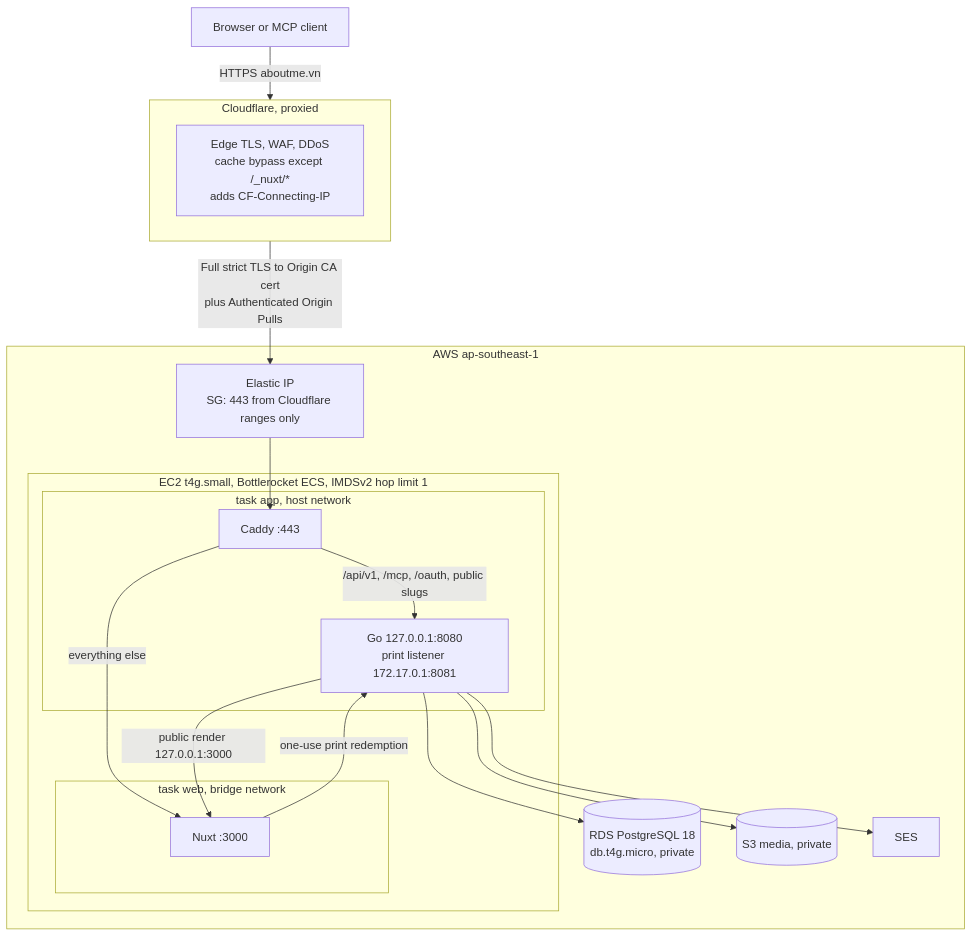
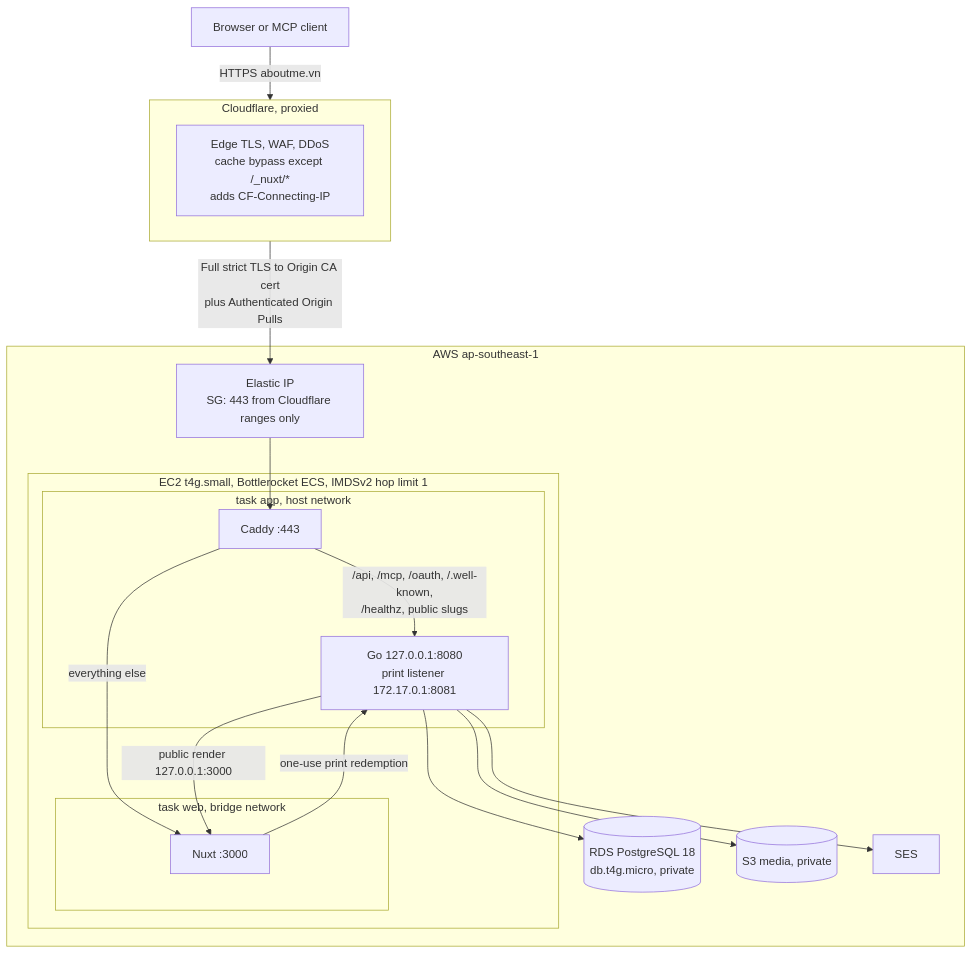
Before and after one commit to dannyota/aboutme: the first of 2 diagrams in docs/design/single-host-production.md, drawn with Mermaid. The commit also changed other lines of this file and 1 other file, not shown here.

````diff
--- a/docs/design/single-host-production.md
+++ b/docs/design/single-host-production.md
@@ -11,31 +11,31 @@
 ```mermaid
 flowchart TD
   U[Browser or MCP client] -->|HTTPS aboutme.vn| CF
   subgraph CF[Cloudflare, proxied]
     CFE[Edge TLS, WAF, DDoS<br/>cache bypass except /_nuxt/*<br/>adds CF-Connecting-IP]
   end
   CF -->|Full strict TLS to Origin CA cert<br/>plus Authenticated Origin Pulls| EIP
   subgraph AWS[AWS ap-southeast-1]
     EIP[Elastic IP<br/>SG: 443 from Cloudflare ranges only]
     subgraph HOST[EC2 t4g.small, Bottlerocket ECS, IMDSv2 hop limit 1]
       subgraph APP[task app, host network]
         C[Caddy :443]
         G[Go 127.0.0.1:8080<br/>print listener 172.17.0.1:8081]
       end
       subgraph WEB[task web, bridge network]
         N[Nuxt :3000]
       end
     end
     PG[(RDS PostgreSQL 18<br/>db.t4g.micro, private)]
     S3[(S3 media, private)]
     SES[SES]
   end
   EIP --> C
-  C -->|/api/v1, /mcp, /oauth, public slugs| G
+  C -->|/api, /mcp, /oauth, /.well-known,<br/>/healthz, public slugs| G
   C -->|everything else| N
   G -->|public render 127.0.0.1:3000| N
   N -->|one-use print redemption| G
   G --> PG
   G --> S3
   G --> SES
 ```
````
